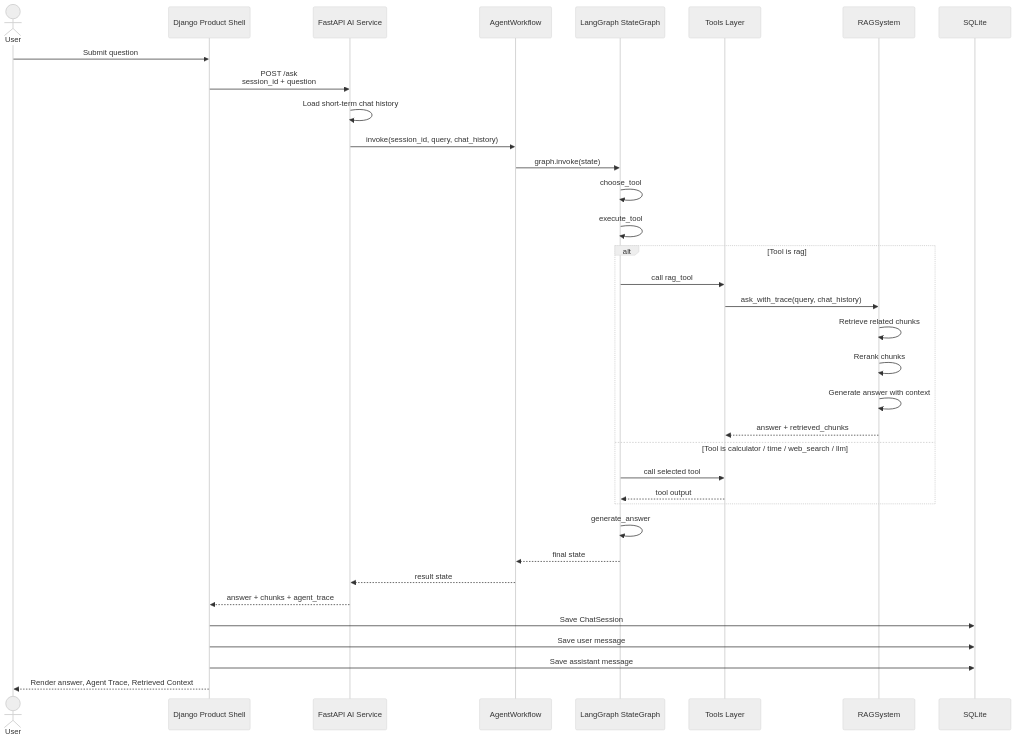
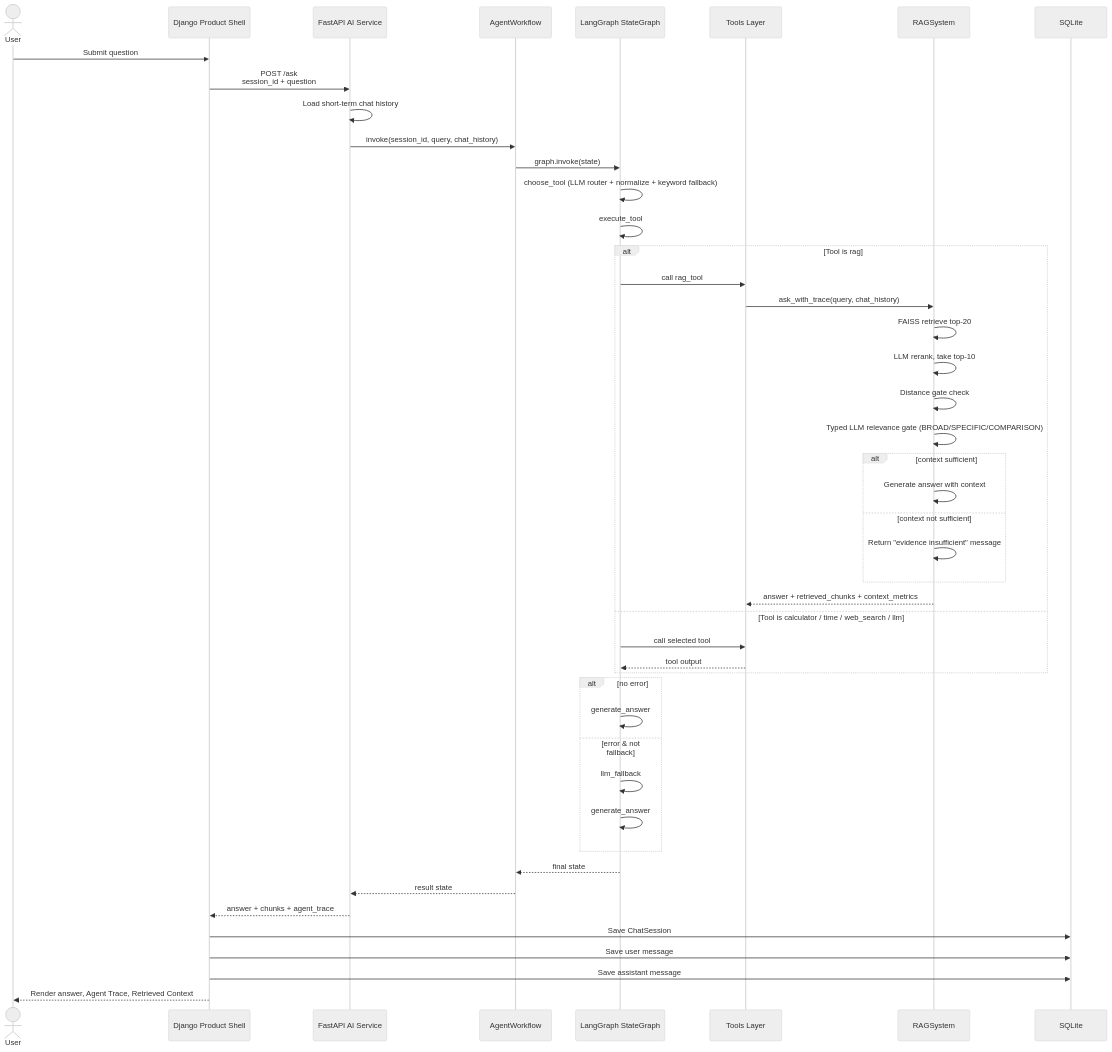
Before and after one commit to 1186141415/Paper-RAG-Agent-with-LangGraph: the second of 3 diagrams in README.md, drawn with Mermaid (neutral theme). The commit also changed other lines of this file, not shown here.

````diff
--- a/README.md
+++ b/README.md
@@ -227,45 +236,57 @@
 ```mermaid
 sequenceDiagram
     actor User
     participant Django as Django Product Shell
     participant FastAPI as FastAPI AI Service
     participant Workflow as AgentWorkflow
     participant Graph as LangGraph StateGraph
     participant Tools as Tools Layer
     participant RAG as RAGSystem
     participant DB as SQLite
 
     User->>Django: Submit question
     Django->>FastAPI: POST /ask<br/>session_id + question
 
     FastAPI->>FastAPI: Load short-term chat history
     FastAPI->>Workflow: invoke(session_id, query, chat_history)
     Workflow->>Graph: graph.invoke(state)
 
-    Graph->>Graph: choose_tool
+    Graph->>Graph: choose_tool (LLM router + normalize + keyword fallback)
     Graph->>Graph: execute_tool
 
     alt Tool is rag
         Graph->>Tools: call rag_tool
         Tools->>RAG: ask_with_trace(query, chat_history)
-        RAG->>RAG: Retrieve related chunks
-        RAG->>RAG: Rerank chunks
-        RAG->>RAG: Generate answer with context
-        RAG-->>Tools: answer + retrieved_chunks
+        RAG->>RAG: FAISS retrieve top-20
+        RAG->>RAG: LLM rerank, take top-10
+        RAG->>RAG: Distance gate check
+        RAG->>RAG: Typed LLM relevance gate (BROAD/SPECIFIC/COMPARISON)
+        alt context sufficient
+            RAG->>RAG: Generate answer with context
+        else context not sufficient
+            RAG->>RAG: Return "evidence insufficient" message
+        end
+        RAG-->>Tools: answer + retrieved_chunks + context_metrics
     else Tool is calculator / time / web_search / llm
         Graph->>Tools: call selected tool
         Tools-->>Graph: tool output
     end
 
-    Graph->>Graph: generate_answer
+    alt no error
+        Graph->>Graph: generate_answer
+    else error & not fallback
+        Graph->>Graph: llm_fallback
+        Graph->>Graph: generate_answer
+    end
+
     Graph-->>Workflow: final state
     Workflow-->>FastAPI: result state
 
     FastAPI-->>Django: answer + chunks + agent_trace
 
     Django->>DB: Save ChatSession
     Django->>DB: Save user message
     Django->>DB: Save assistant message
 
     Django-->>User: Render answer, Agent Trace, Retrieved Context
 ```
````
